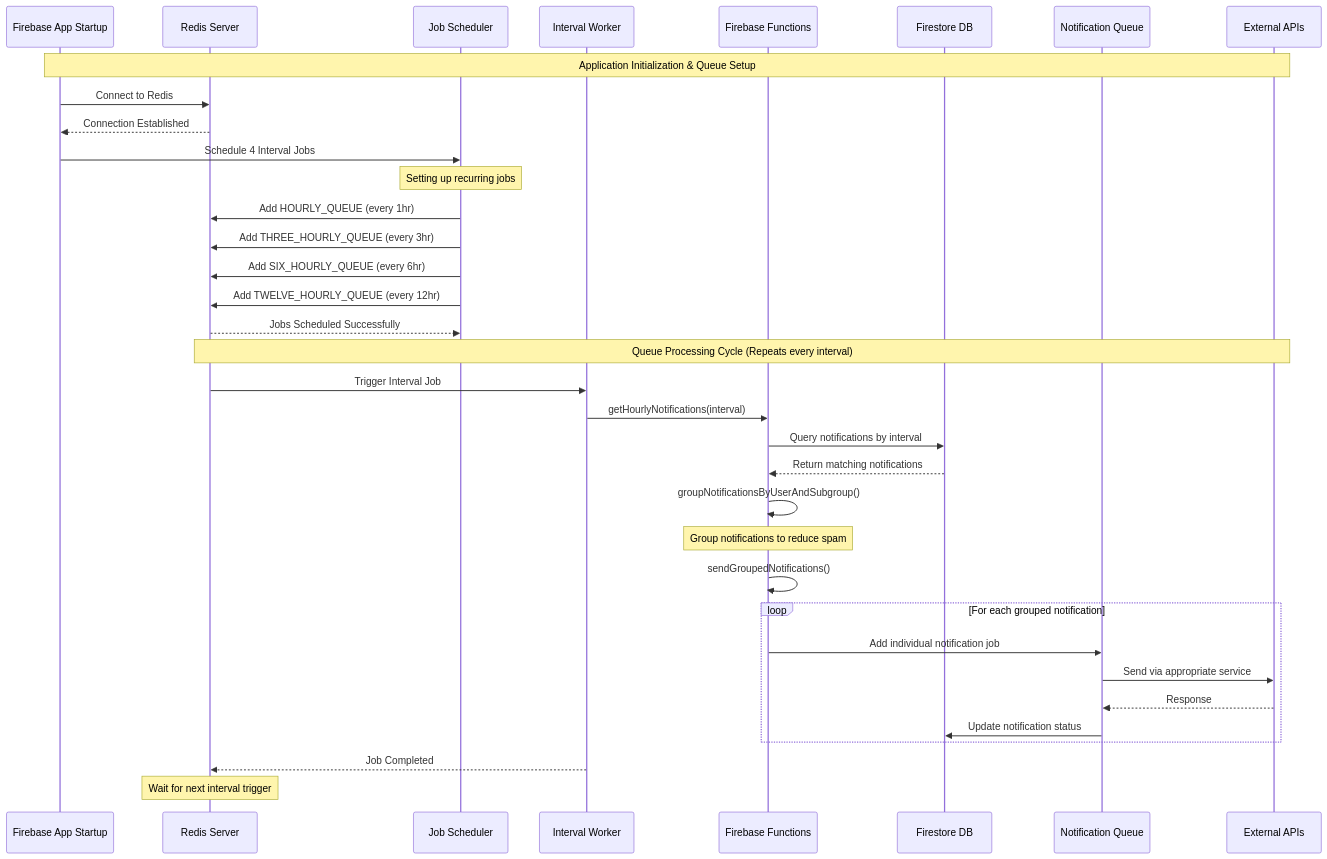
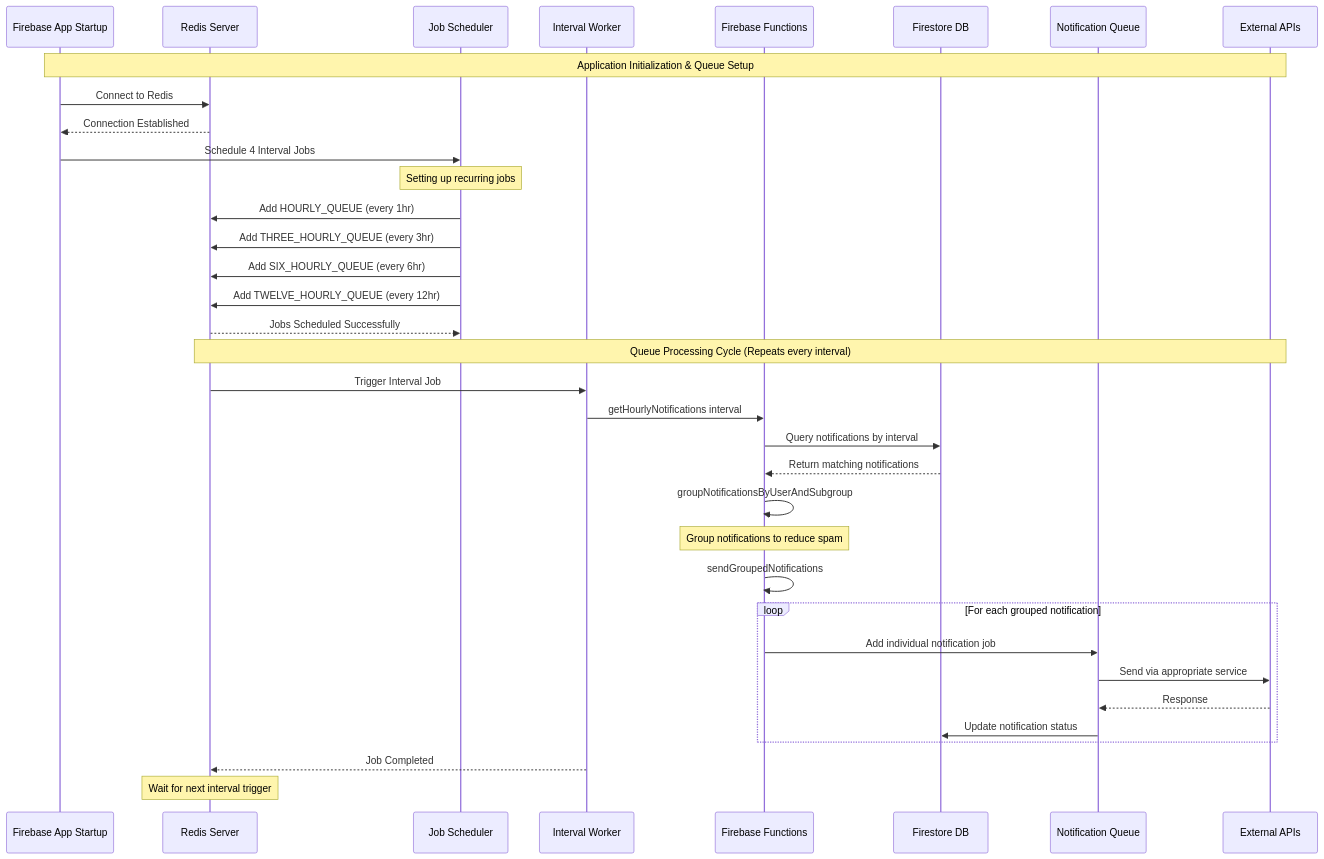
One commit to ArnavBallinCode/Diagram changed the fourth of 12 diagrams in README.md. Above: the diagram before and after it, drawn with Mermaid. The commit also changed other lines of this file, not shown here.

````diff
--- a/README.md
+++ b/README.md
@@ -253,49 +253,49 @@
 ```mermaid
 sequenceDiagram
     participant Startup as Firebase App Startup
     participant Redis as Redis Server
     participant Scheduler as Job Scheduler
     participant Worker as Interval Worker
     participant Firebase as Firebase Functions
     participant Firestore as Firestore DB
     participant NotifQueue as Notification Queue
     participant ExtAPI as External APIs
 
     Note over Startup,ExtAPI: Application Initialization & Queue Setup
 
     Startup->>Redis: Connect to Redis
     Redis-->>Startup: Connection Established
     
     Startup->>Scheduler: Schedule 4 Interval Jobs
     
     Note over Scheduler: Setting up recurring jobs
     Scheduler->>Redis: Add HOURLY_QUEUE (every 1hr)
     Scheduler->>Redis: Add THREE_HOURLY_QUEUE (every 3hr)
     Scheduler->>Redis: Add SIX_HOURLY_QUEUE (every 6hr)
     Scheduler->>Redis: Add TWELVE_HOURLY_QUEUE (every 12hr)
     
     Redis-->>Scheduler: Jobs Scheduled Successfully
     
     Note over Redis,ExtAPI: Queue Processing Cycle (Repeats every interval)
     
     Redis->>Worker: Trigger Interval Job
-    Worker->>Firebase: getHourlyNotifications(interval)
+    Worker->>Firebase: getHourlyNotifications interval
     Firebase->>Firestore: Query notifications by interval
     Firestore-->>Firebase: Return matching notifications
     
-    Firebase->>Firebase: groupNotificationsByUserAndSubgroup()
+    Firebase->>Firebase: groupNotificationsByUserAndSubgroup
     Note over Firebase: Group notifications to reduce spam
     
-    Firebase->>Firebase: sendGroupedNotifications()
+    Firebase->>Firebase: sendGroupedNotifications
     
     loop For each grouped notification
         Firebase->>NotifQueue: Add individual notification job
         NotifQueue->>ExtAPI: Send via appropriate service
         ExtAPI-->>NotifQueue: Response
         NotifQueue->>Firestore: Update notification status
     end
     
     Worker-->>Redis: Job Completed
     
     Note over Redis: Wait for next interval trigger
 ```
````
